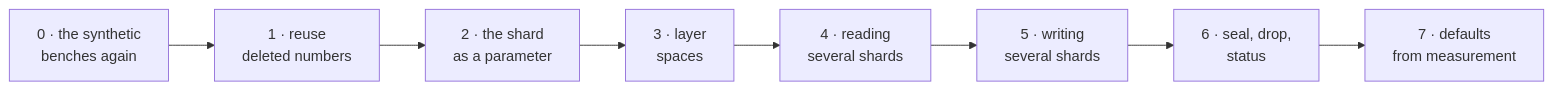
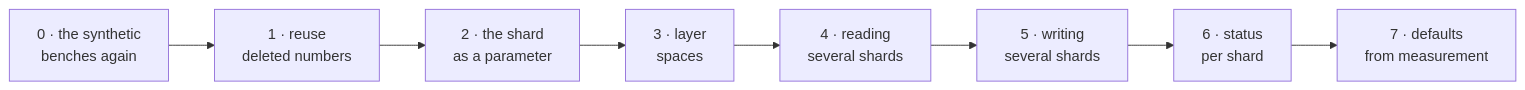
Before and after one commit to jennis0/tesseradb: the fifth of 5 diagrams in docs/sharding.md, drawn with Mermaid. The commit also changed other lines of this file and 51 other files, not shown here.

First line of the commit message:
Sharding stage 6: a record per shard in /control/status, the stored shard counter removed

````diff
--- a/docs/sharding.md
+++ b/docs/sharding.md
@@ -1003,10 +973,10 @@
 ```mermaid
 flowchart LR
   S0["0 · the synthetic<br/>benches again"] --> S1["1 · reuse<br/>deleted numbers"]
   S1 --> S2["2 · the shard<br/>as a parameter"]
   S2 --> S3["3 · layer<br/>spaces"]
   S3 --> S4["4 · reading<br/>several shards"]
   S4 --> S5["5 · writing<br/>several shards"]
-  S5 --> S6["6 · seal, drop,<br/>status"]
+  S5 --> S6["6 · status<br/>per shard"]
   S6 --> S7["7 · defaults<br/>from measurement"]
 ```
````
